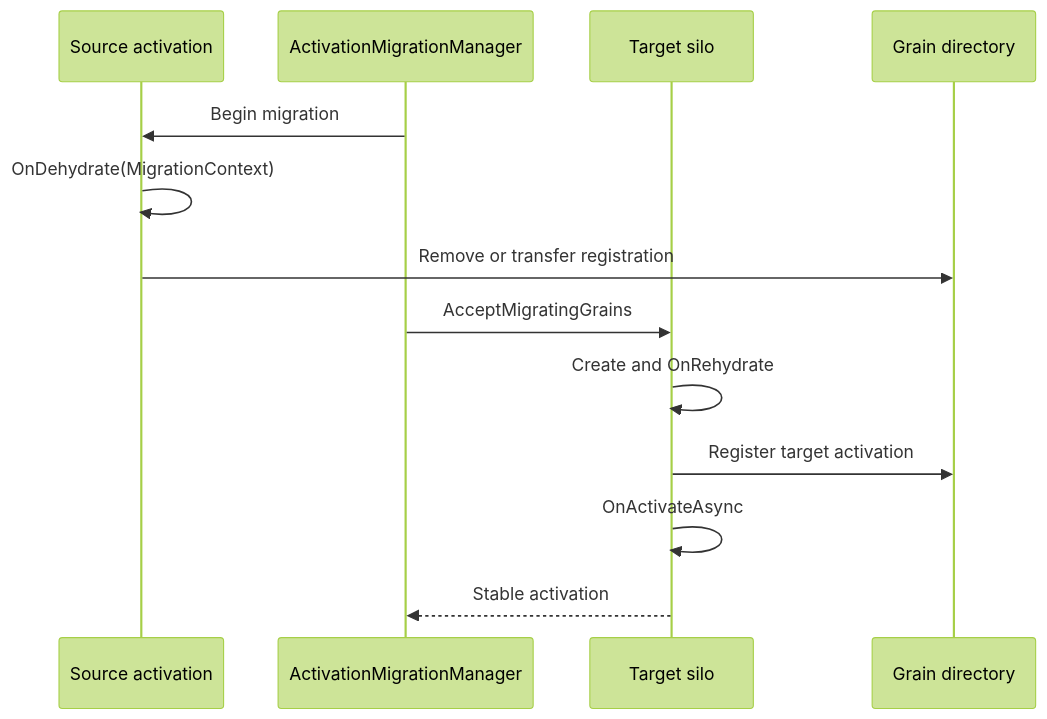
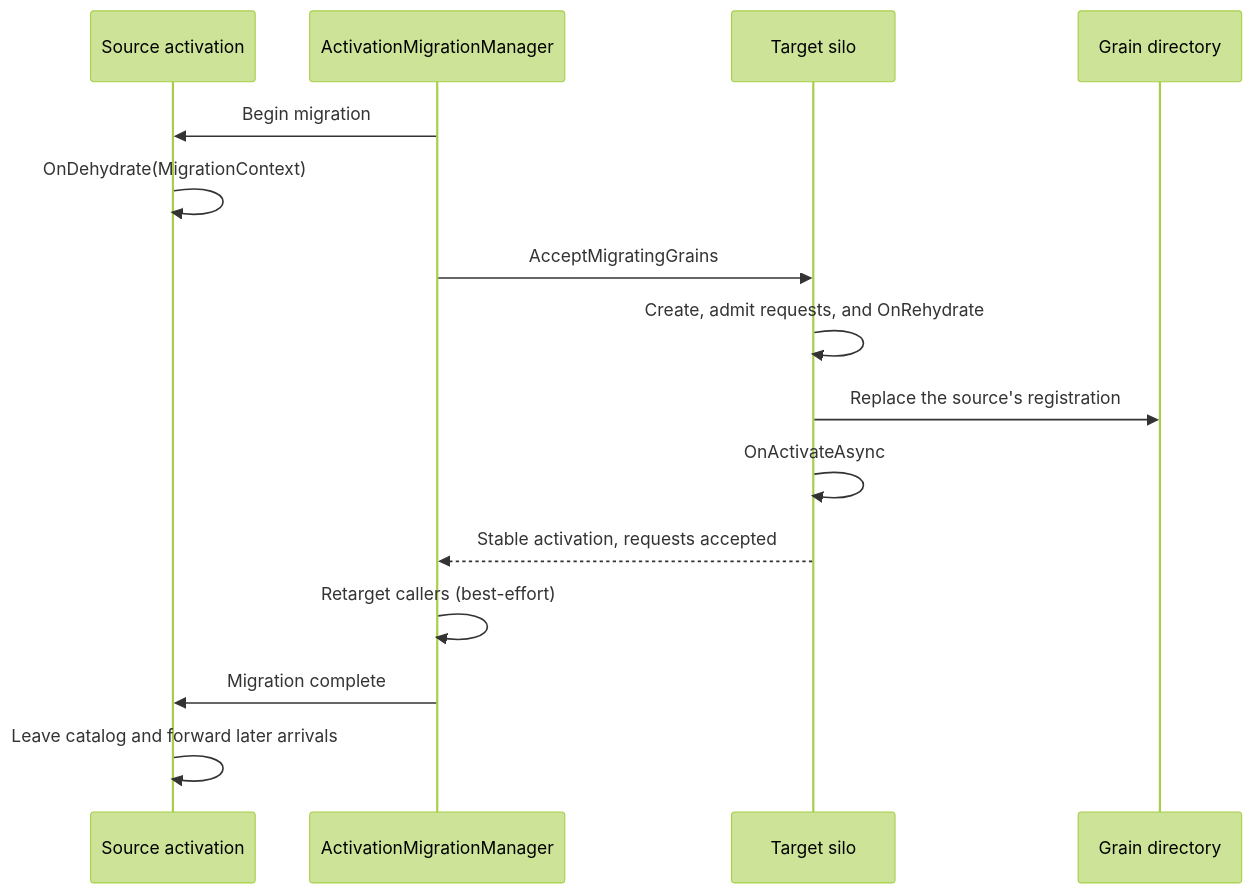
Before and after one commit to dotnet/orleans: the second of 2 diagrams in docs/site/src/content/docs/implementation/activation-lifecycle.md, drawn with Mermaid (forest theme). The commit also changed other lines of this file and 24 other files, not shown here.

````diff
--- a/docs/site/src/content/docs/implementation/activation-lifecycle.md
+++ b/docs/site/src/content/docs/implementation/activation-lifecycle.md
@@ -58,16 +70,18 @@
 ```mermaid
 sequenceDiagram
     participant Source as Source activation
     participant Manager as ActivationMigrationManager
     participant Target as Target silo
     participant Directory as Grain directory
 
     Manager->>Source: Begin migration
     Source->>Source: OnDehydrate(MigrationContext)
-    Source->>Directory: Remove or transfer registration
     Manager->>Target: AcceptMigratingGrains
-    Target->>Target: Create and OnRehydrate
-    Target->>Directory: Register target activation
+    Target->>Target: Create, admit requests, and OnRehydrate
+    Target->>Directory: Replace the source's registration
     Target->>Target: OnActivateAsync
-    Target-->>Manager: Stable activation
+    Target-->>Manager: Stable activation, requests accepted
+    Manager->>Manager: Retarget callers (best-effort)
+    Manager->>Source: Migration complete
+    Source->>Source: Leave catalog and forward later arrivals
 ```
````
